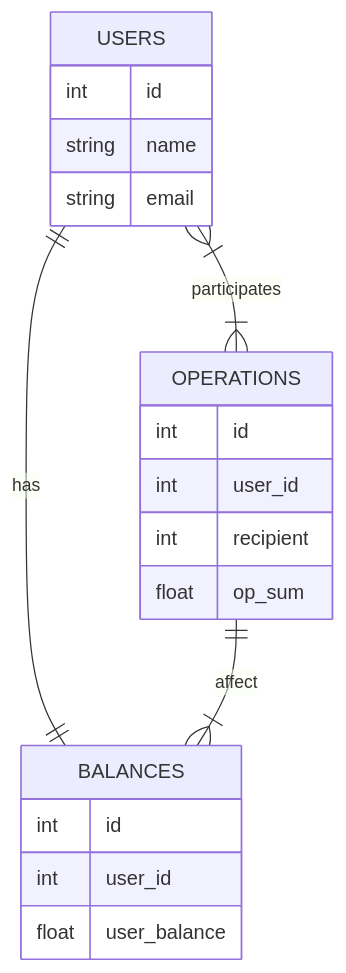
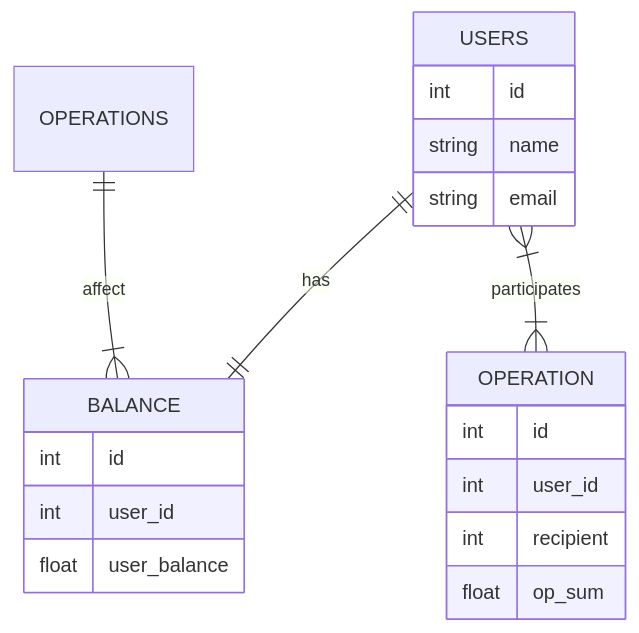
One commit to slay336/UserBalancePub changed the diagram in README.md. Above: the diagram before and after it, drawn with Mermaid. The commit also changed 8 other files, not shown here.

````diff
--- a/README.md
+++ b/README.md
@@ -42,26 +42,26 @@
 ```mermaid
 erDiagram
     USERS {
         int id
         string name
         string email
     }
 
-    BALANCES {
+    BALANCE {
         int id
         int user_id
         float user_balance
     }
 
-    OPERATIONS {
+    OPERATION {
         int id
         int user_id
         int recipient
         float op_sum
     }
 
-    USERS ||--|| BALANCES : has
-    USERS }|--|{ OPERATIONS : participates
-    OPERATIONS ||--|{ BALANCES : affect
+    USERS ||--|| BALANCE : has
+    USERS }|--|{ OPERATION : participates
+    OPERATIONS ||--|{ BALANCE : affect
 
 ```
````
